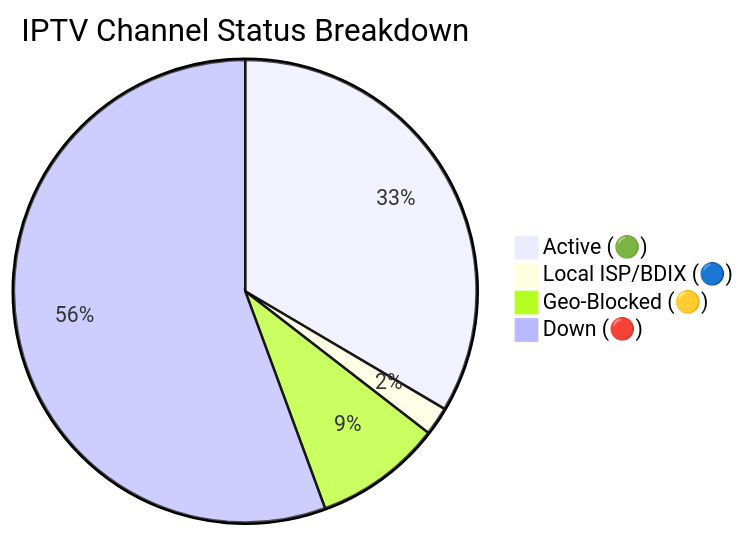
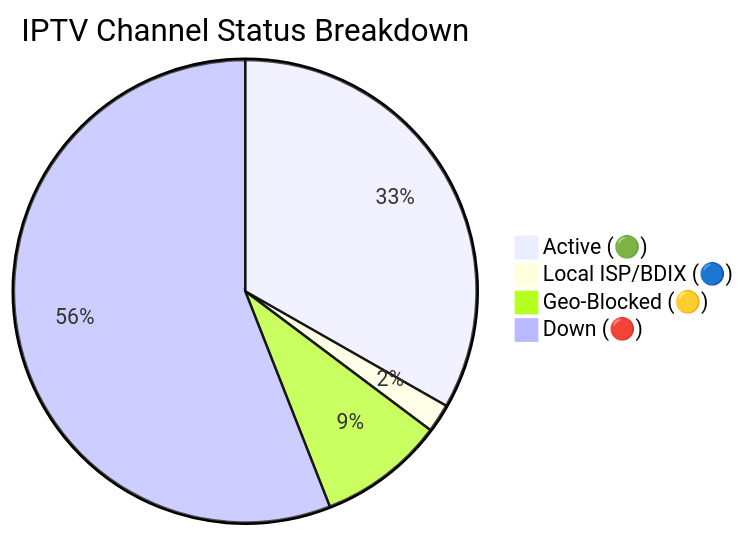
The diagram in README.md (andreataylord/Ip-tv-Collection), drawn with Mermaid before and after one commit. The commit also changed other lines of this file and 1 other file, not shown here.

Commit message:
docs(readme): auto-update daily channel status chart

````diff
--- a/README.md
+++ b/README.md
@@ -59,7 +59,7 @@
 ```mermaid
 pie title IPTV Channel Status Breakdown
-    "Active (🟢)" : 2608
+    "Active (🟢)" : 2589
     "Local ISP/BDIX (🔵)" : 155
-    "Geo-Blocked (🟡)" : 694
-    "Down (🔴)" : 4331
+    "Geo-Blocked (🟡)" : 686
+    "Down (🔴)" : 4358
 ```
````
